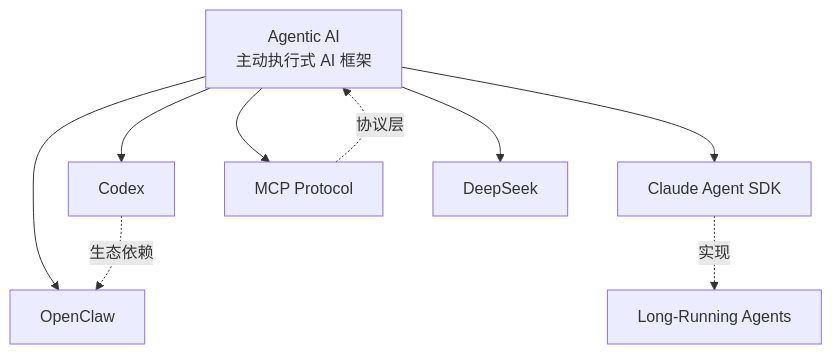
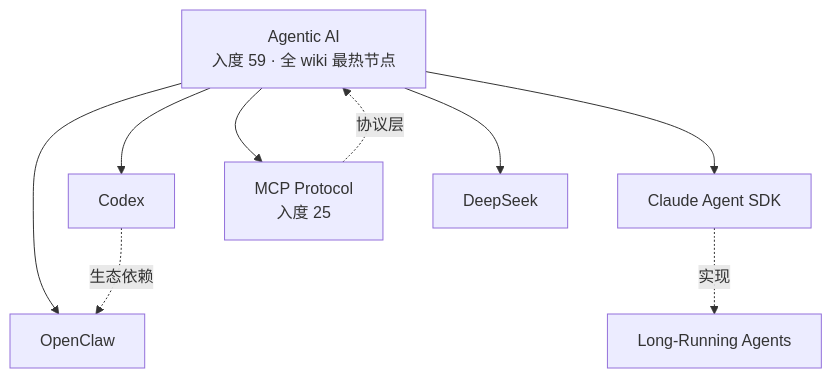
Before and after one commit to shaowenglu-afk/wiki-public: the second of 6 diagrams in content/graph.md, drawn with Mermaid. The commit also changed other lines of this file and 95 other files, not shown here.

````diff
--- a/content/graph.md
+++ b/content/graph.md
@@ -43,12 +55,12 @@
 ```mermaid
 flowchart TB
-    AI[Agentic AI<br/>主动执行式 AI 框架]
+    AI[Agentic AI<br/>入度 59 · 全 wiki 最热节点]
     AI --> Codex
     AI --> ClaudeSDK[Claude Agent SDK]
     AI --> OpenClaw
-    AI --> MCP[MCP Protocol]
+    AI --> MCP[MCP Protocol<br/>入度 25]
     AI --> DeepSeek
     Codex -.->|生态依赖| OpenClaw
     ClaudeSDK -.->|实现| LRA[Long-Running Agents]
     MCP -.->|协议层| AI
 ```
````
